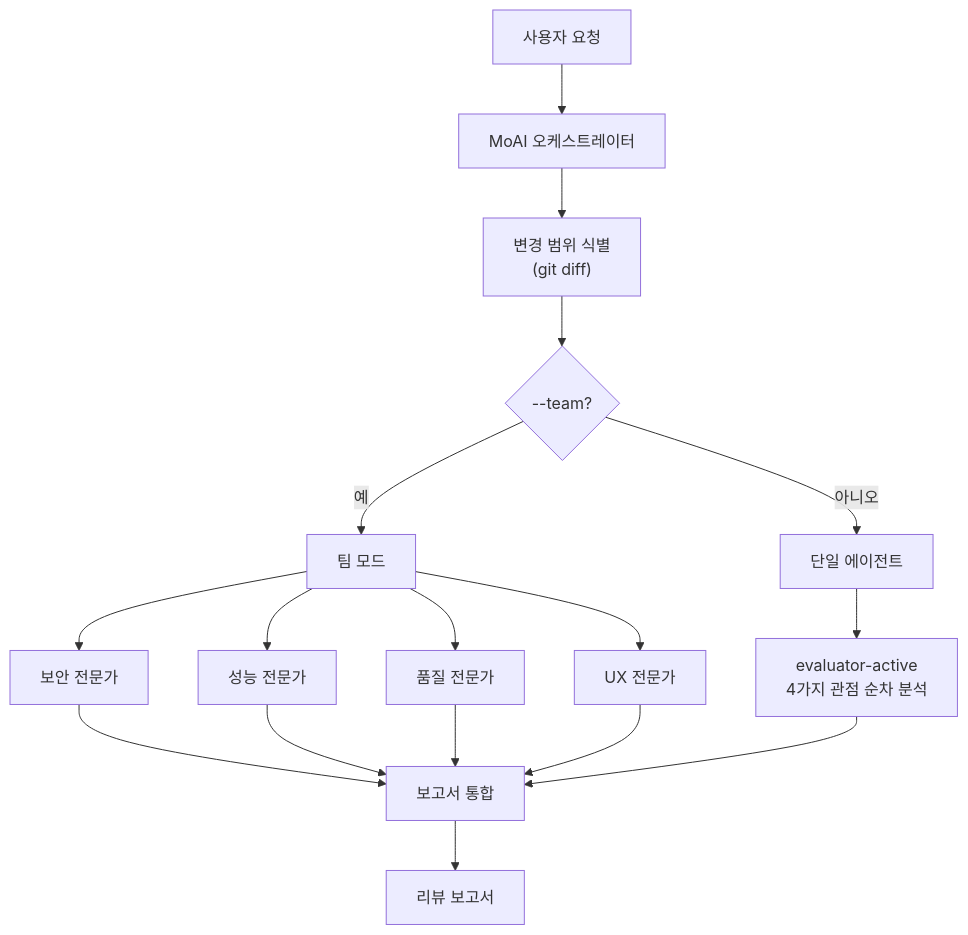
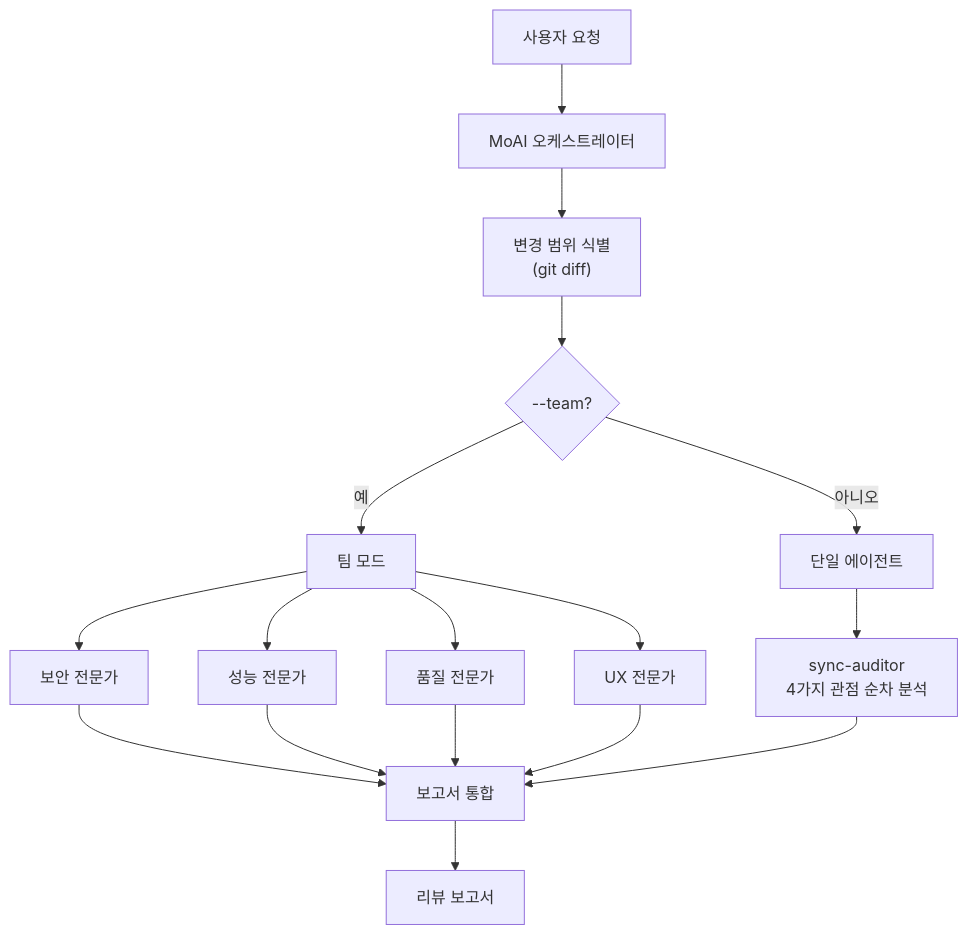
One commit to modu-ai/moai-adk changed the second of 2 diagrams in docs-site/content/ko/quality-commands/moai-review.md. Above: the diagram before and after it, drawn with Mermaid. The commit also changed other lines of this file and 149 other files, not shown here.

First line of the commit message:
chore(agents): evaluator-active를 sync-auditor로 rename (plan-auditor phase 대칭)

````diff
--- a/docs-site/content/ko/quality-commands/moai-review.md
+++ b/docs-site/content/ko/quality-commands/moai-review.md
@@ -223,24 +223,24 @@
 ```mermaid
 flowchart TD
     User["사용자 요청"] --> MoAI["MoAI 오케스트레이터"]
     MoAI --> Identify["변경 범위 식별<br/>(git diff)"]
     Identify --> Agent{"--team?"}
 
     Agent -->|예| Team["팀 모드"]
     Agent -->|아니오| Single["단일 에이전트"]
 
     Team --> R1["보안 전문가"]
     Team --> R2["성능 전문가"]
     Team --> R3["품질 전문가"]
     Team --> R4["UX 전문가"]
 
-    Single --> Quality["evaluator-active<br/>4가지 관점 순차 분석"]
+    Single --> Quality["sync-auditor<br/>4가지 관점 순차 분석"]
 
     R1 --> Consolidate["보고서 통합"]
     R2 --> Consolidate
     R3 --> Consolidate
     R4 --> Consolidate
     Quality --> Consolidate
 
     Consolidate --> Report["리뷰 보고서"]
 ```
````
